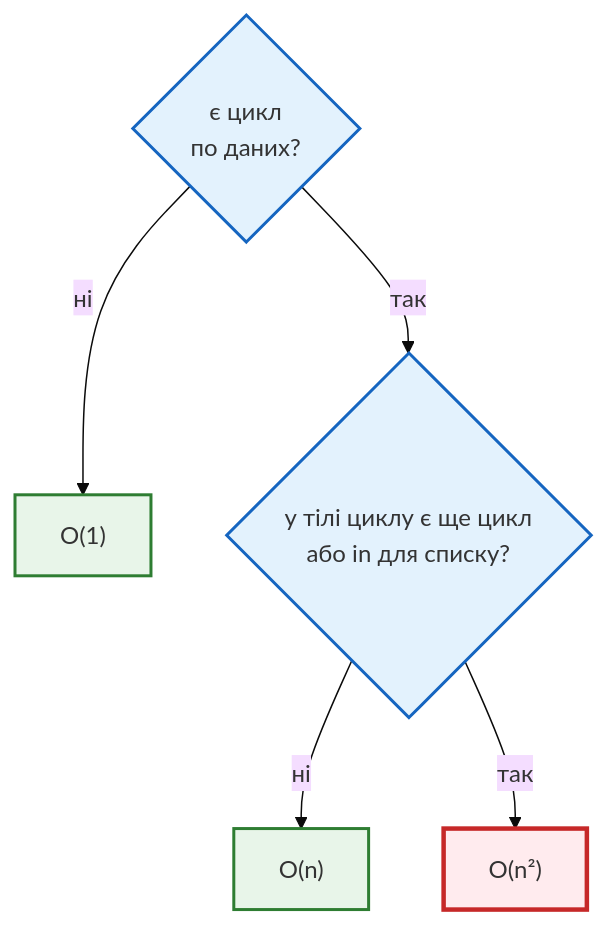
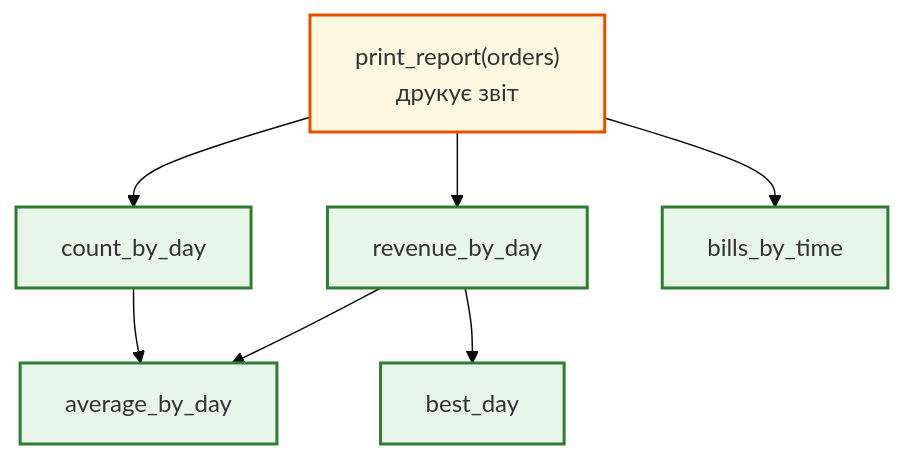
One commit to AlinaRadchenko/PY-Course-Victor-Nikoriak-22-09-2026 changed the fourth of 4 diagrams in docs/modules/m1/lesson_08.md. Above: the diagram before and after it, drawn with Mermaid (base theme). The commit also changed other lines of this file and 1846 other files, not shown here.

````diff
--- a/docs/modules/m1/lesson_08.md
+++ b/docs/modules/m1/lesson_08.md
@@ -372,17 +646,18 @@
 ```mermaid
 flowchart TD
     classDef step     fill:#eceff1,stroke:#546e7a,stroke-width:1px;
     classDef decision fill:#e3f2fd,stroke:#1565c0,stroke-width:2px;
     classDef success  fill:#e8f5e9,stroke:#2e7d32,stroke-width:2px;
     classDef error    fill:#ffebee,stroke:#c62828,stroke-width:3px;
     classDef warning  fill:#fff8e1,stroke:#e65100,stroke-width:2px;
 
-    S{"є цикл<br>по даних?"} -- ні --> O1["O(1)"]
-    S -- так --> N{"у тілі циклу є ще цикл<br>або in для списку?"}
-    N -- ні --> ON["O(n)"]
-    N -- так --> ON2["O(n²)"]
+    M["print_report(orders)<br>друкує звіт"] --> C["count_by_day"]
+    M --> R["revenue_by_day"]
+    C --> A["average_by_day"]
+    R --> A
+    R --> B["best_day"]
+    M --> T["bills_by_time"]
 
-    class S,N decision
-    class O1,ON success
-    class ON2 error
+    class M warning
+    class C,R,A,B,T success
 ```
````
